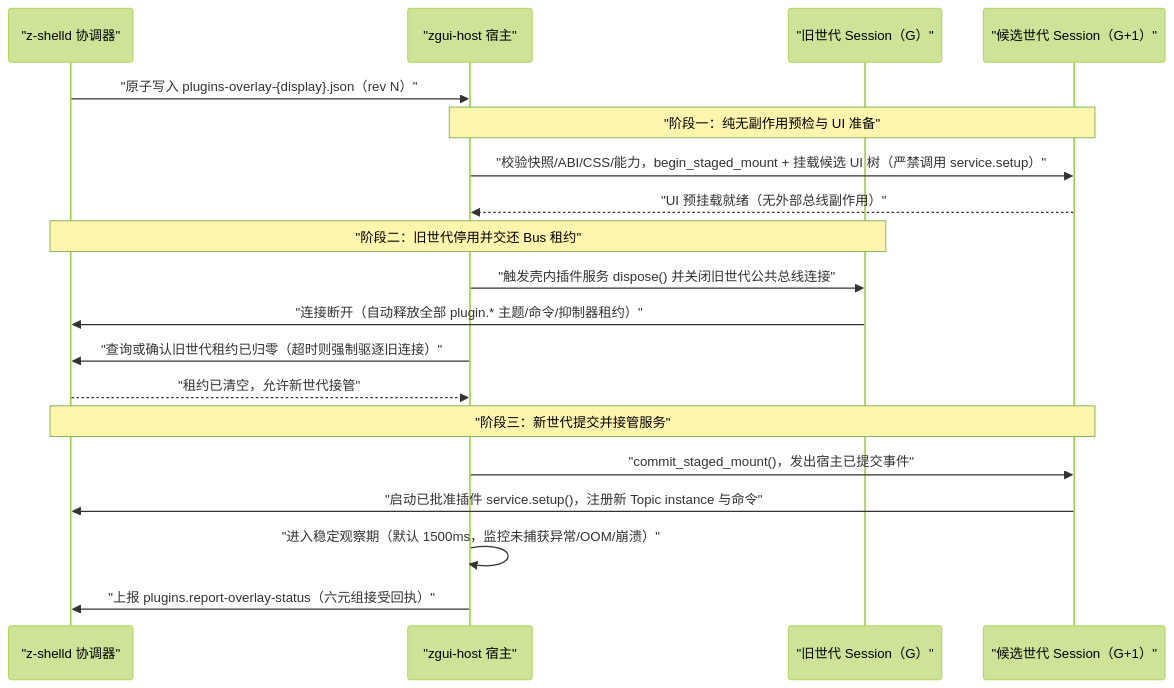
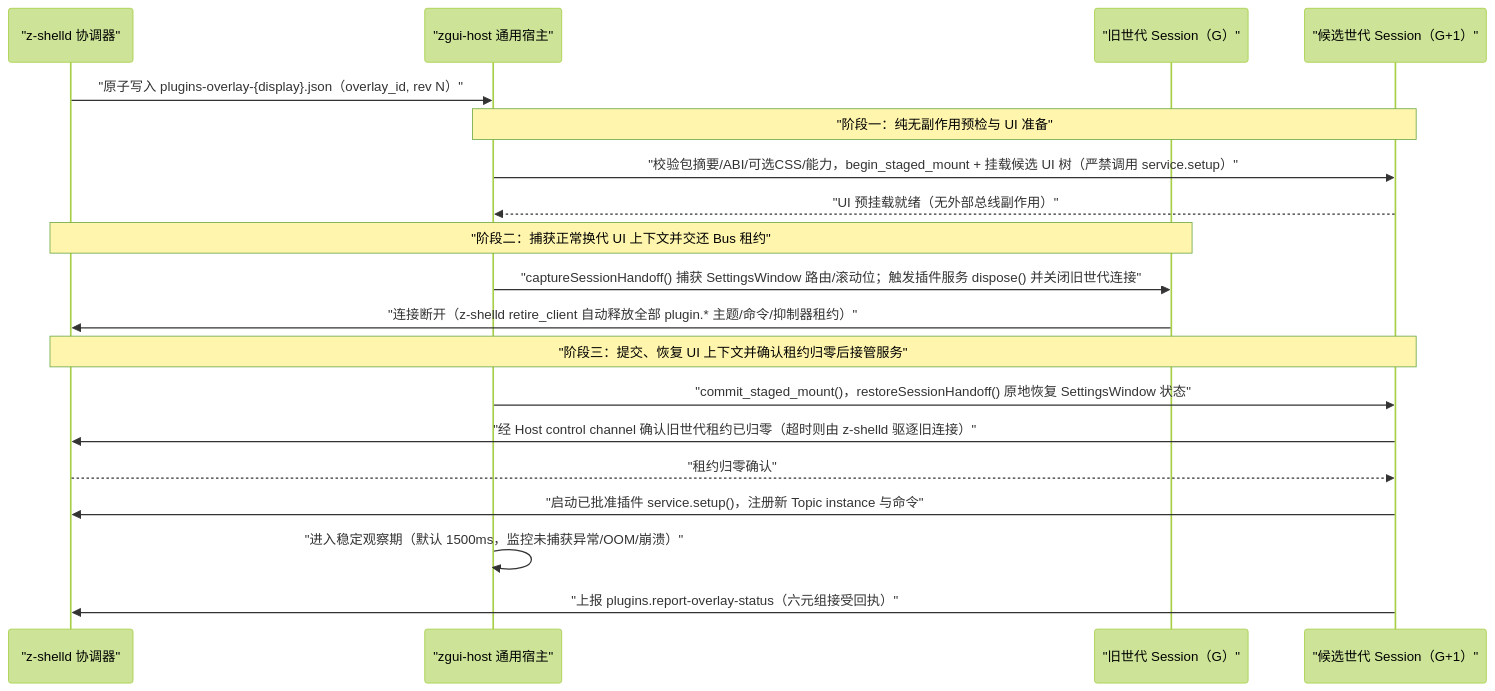
The third of 3 diagrams in docs/plugin-ecosystem-and-store-plan.md (hewel/z-shell), drawn with Mermaid (forest theme) before and after one commit. The commit also changed other lines of this file and 3 other files, not shown here.

````diff
--- a/docs/plugin-ecosystem-and-store-plan.md
+++ b/docs/plugin-ecosystem-and-store-plan.md
@@ -264,22 +252,22 @@
 ```mermaid
 sequenceDiagram
   participant Daemon as "z-shelld 协调器"
-  participant Host as "zgui-host 宿主"
+  participant Host as "zgui-host 通用宿主"
   participant OldGen as "旧世代 Session（G）"
   participant NewGen as "候选世代 Session（G+1）"
 
-  Daemon->>Host: "原子写入 plugins-overlay-{display}.json（rev N）"
+  Daemon->>Host: "原子写入 plugins-overlay-{display}.json（overlay_id, rev N）"
   Note over Host,NewGen: "阶段一：纯无副作用预检与 UI 准备"
-  Host->>NewGen: "校验快照/ABI/CSS/能力，begin_staged_mount + 挂载候选 UI 树（严禁调用 service.setup）"
+  Host->>NewGen: "校验包摘要/ABI/可选CSS/能力，begin_staged_mount + 挂载候选 UI 树（严禁调用 service.setup）"
   NewGen-->>Host: "UI 预挂载就绪（无外部总线副作用）"
-  Note over Daemon,OldGen: "阶段二：旧世代停用并交还 Bus 租约"
-  Host->>OldGen: "触发壳内插件服务 dispose() 并关闭旧世代公共总线连接"
-  OldGen->>Daemon: "连接断开（自动释放全部 plugin.* 主题/命令/抑制器租约）"
-  Host->>Daemon: "查询或确认旧世代租约已归零（超时则强制驱逐旧连接）"
-  Daemon-->>Host: "租约已清空，允许新世代接管"
-  Note over Daemon,NewGen: "阶段三：新世代提交并接管服务"
-  Host->>NewGen: "commit_staged_mount()，发出宿主已提交事件"
+  Note over Daemon,OldGen: "阶段二：捕获正常换代 UI 上下文并交还 Bus 租约"
+  Host->>OldGen: "captureSessionHandoff() 捕获 SettingsWindow 路由/滚动位；触发插件服务 dispose() 并关闭旧世代连接"
+  OldGen->>Daemon: "连接断开（z-shelld retire_client 自动释放全部 plugin.* 主题/命令/抑制器租约）"
+  Note over Daemon,NewGen: "阶段三：提交、恢复 UI 上下文并确认租约归零后接管服务"
+  Host->>NewGen: "commit_staged_mount()，restoreSessionHandoff() 原地恢复 SettingsWindow 状态"
+  NewGen->>Daemon: "经 Host control channel 确认旧世代租约已归零（超时则由 z-shelld 驱逐旧连接）"
+  Daemon-->>NewGen: "租约归零确认"
   NewGen->>Daemon: "启动已批准插件 service.setup()，注册新 Topic instance 与命令"
   Host->>Host: "进入稳定观察期（默认 1500ms，监控未捕获异常/OOM/崩溃）"
-  Host->>Daemon: "上报 plugins.report-overlay-status（六元组接受回执）"
+  NewGen->>Daemon: "上报 plugins.report-overlay-status（六元组接受回执）"
 ```
````
